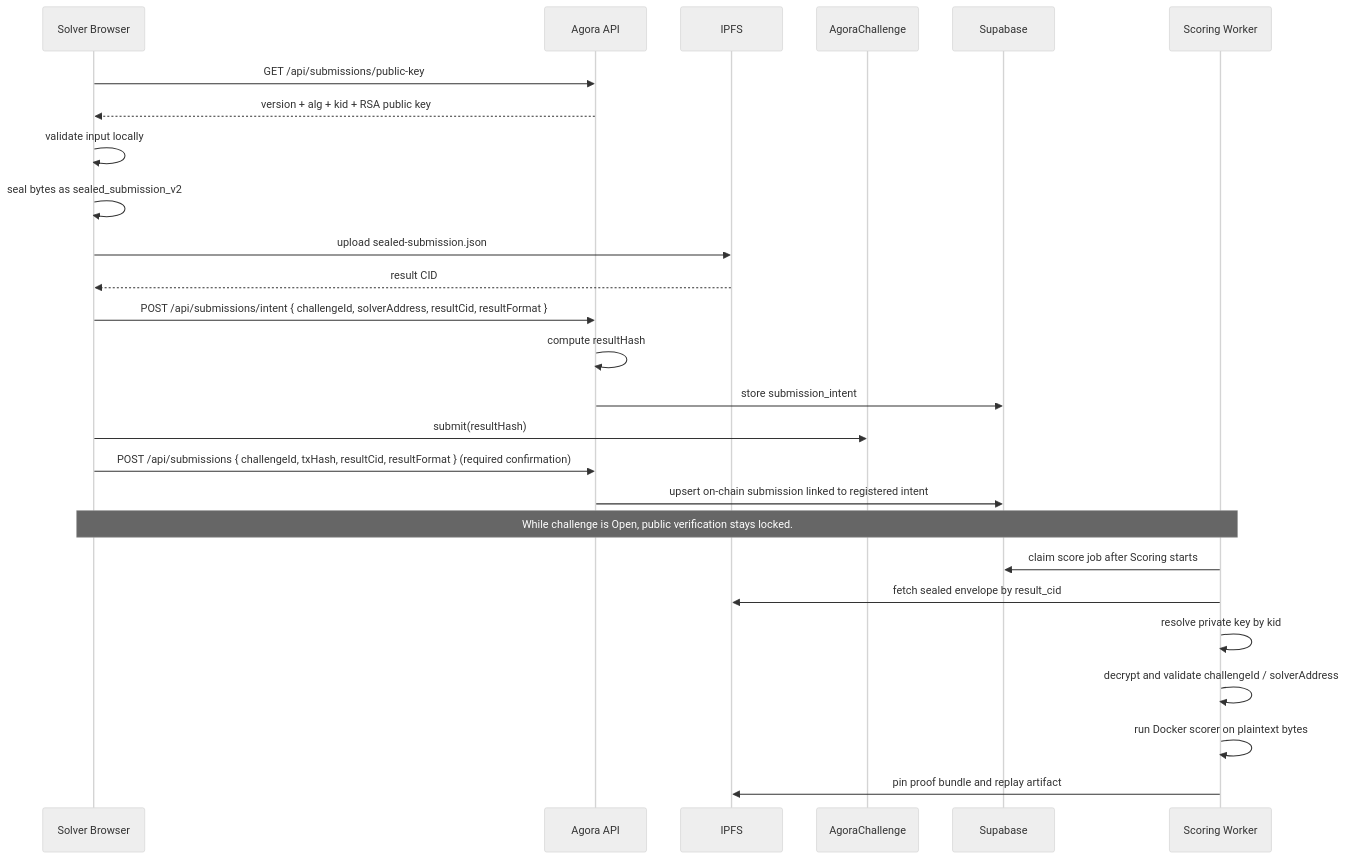
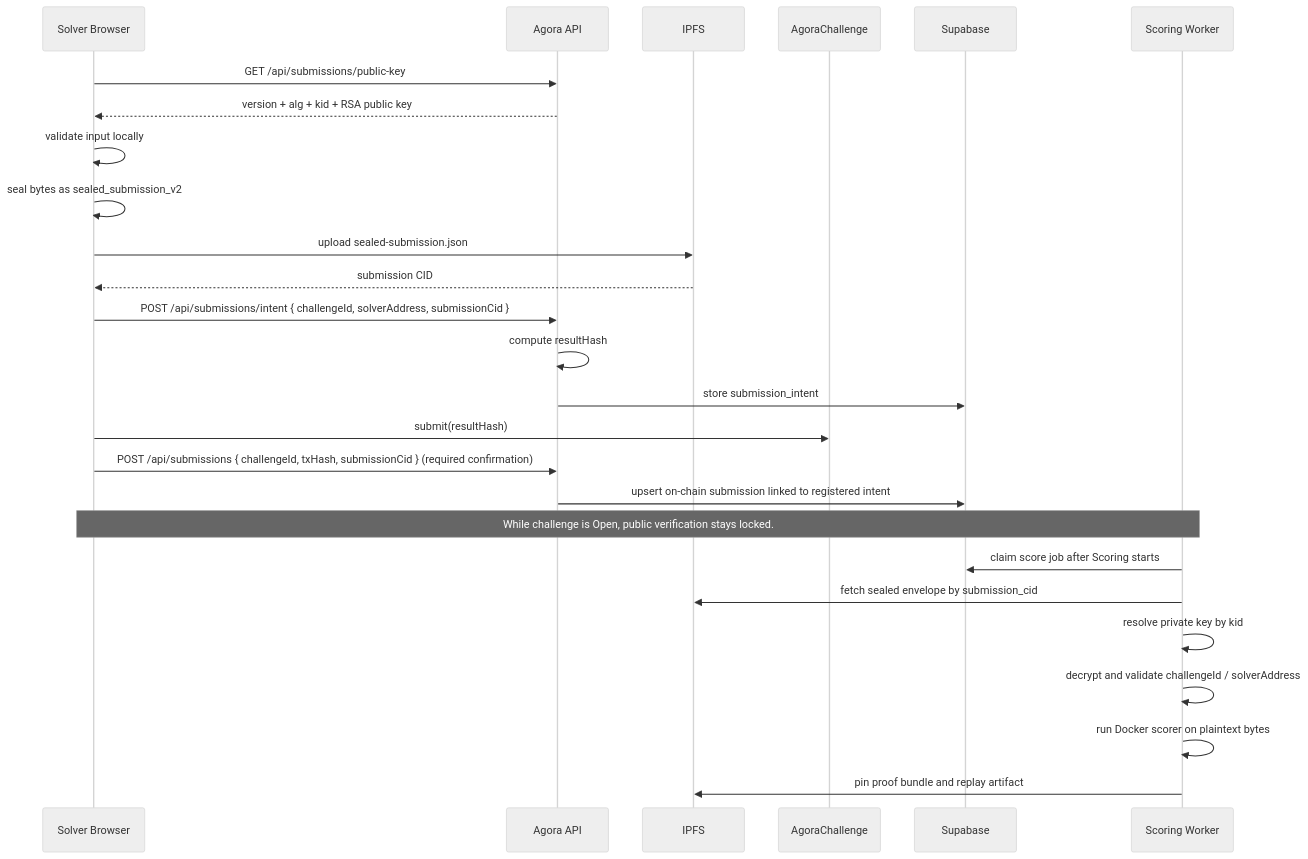
Before and after one commit to andymolecule/Hermes: the diagram in docs/submission-privacy.md, drawn with Mermaid (neutral theme). The commit also changed other lines of this file and 56 other files, not shown here.

Commit message:
Hard-cut sealed submission flow

````diff
--- a/docs/submission-privacy.md
+++ b/docs/submission-privacy.md
@@ -98,31 +115,31 @@
 ```mermaid
 sequenceDiagram
     participant Solver as Solver Browser
     participant API as Agora API
     participant IPFS as IPFS
     participant Chain as AgoraChallenge
     participant DB as Supabase
     participant Worker as Scoring Worker
 
     Solver->>API: GET /api/submissions/public-key
     API-->>Solver: version + alg + kid + RSA public key
     Solver->>Solver: validate input locally
     Solver->>Solver: seal bytes as sealed_submission_v2
     Solver->>IPFS: upload sealed-submission.json
-    IPFS-->>Solver: result CID
-    Solver->>API: POST /api/submissions/intent { challengeId, solverAddress, resultCid, resultFormat }
+    IPFS-->>Solver: submission CID
+    Solver->>API: POST /api/submissions/intent { challengeId, solverAddress, submissionCid }
     API->>API: compute resultHash
     API->>DB: store submission_intent
     Solver->>Chain: submit(resultHash)
-    Solver->>API: POST /api/submissions { challengeId, txHash, resultCid, resultFormat } (required confirmation)
+    Solver->>API: POST /api/submissions { challengeId, txHash, submissionCid } (required confirmation)
     API->>DB: upsert on-chain submission linked to registered intent
 
     Note over Solver,Worker: While challenge is Open, public verification stays locked.
 
     Worker->>DB: claim score job after Scoring starts
-    Worker->>IPFS: fetch sealed envelope by result_cid
+    Worker->>IPFS: fetch sealed envelope by submission_cid
     Worker->>Worker: resolve private key by kid
     Worker->>Worker: decrypt and validate challengeId / solverAddress
     Worker->>Worker: run Docker scorer on plaintext bytes
     Worker->>IPFS: pin proof bundle and replay artifact
 ```
````
